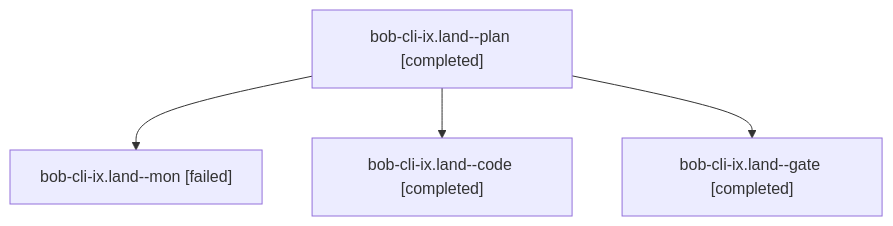
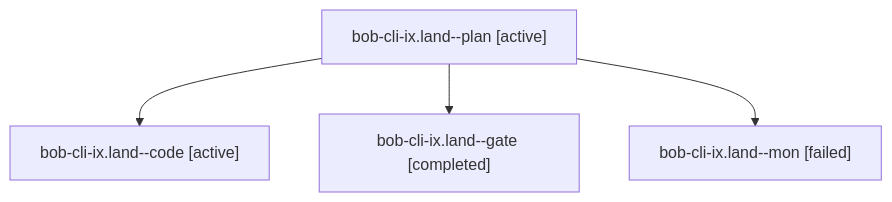
The diagram in sessions/bbugyi200.apollo.bob-cli-ix.land.md (bobs-org/bob-cli--agents), drawn with Mermaid before and after one commit. The commit also changed other lines of this file and 939 other files, not shown here.

````diff
--- a/sessions/bbugyi200.apollo.bob-cli-ix.land.md
+++ b/sessions/bbugyi200.apollo.bob-cli-ix.land.md
@@ -9,10 +9,10 @@
 ```mermaid
 flowchart TD
-  n0["bob-cli-ix.land--plan [completed]"]
-  n1["bob-cli-ix.land--mon [failed]"]
+  n0["bob-cli-ix.land--plan [active]"]
+  n1["bob-cli-ix.land--code [active]"]
   n0 --> n1
-  n2["bob-cli-ix.land--code [completed]"]
+  n2["bob-cli-ix.land--gate [completed]"]
   n0 --> n2
-  n3["bob-cli-ix.land--gate [completed]"]
+  n3["bob-cli-ix.land--mon [failed]"]
   n0 --> n3
 ```
````
